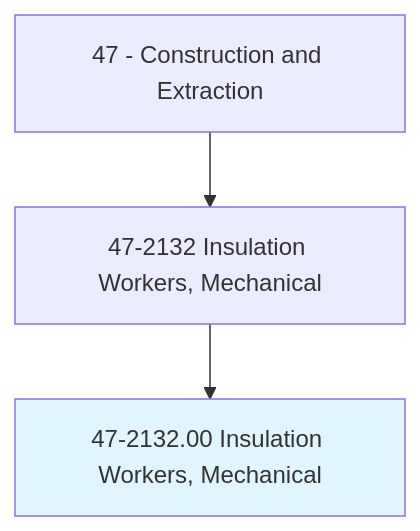
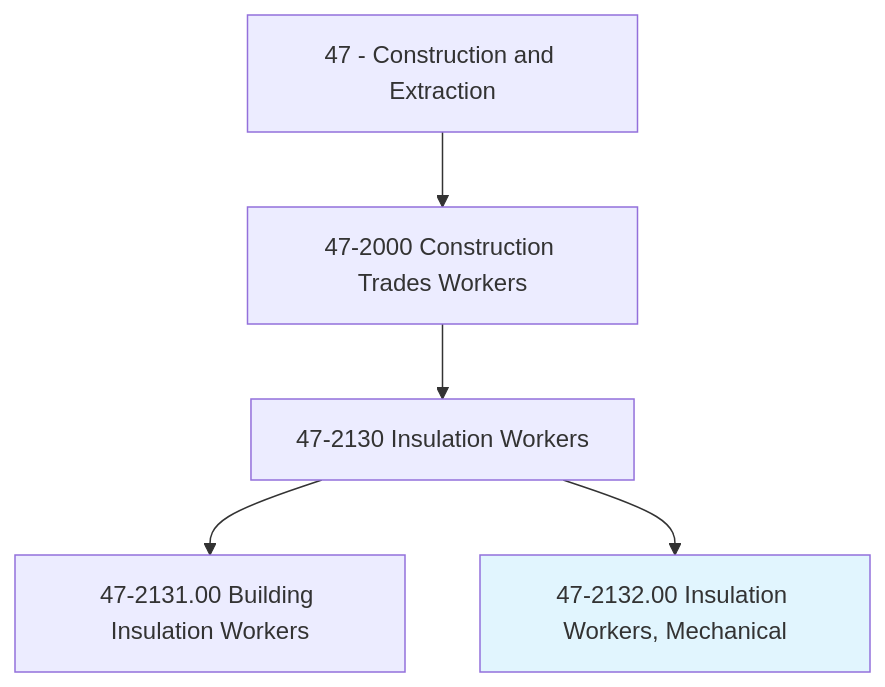
One commit to kziemski/business.org.ai changed the first of 4 diagrams in occupations/Construction/InsulationWorkersMechanical.mdx. Above: the diagram before and after it, drawn with Mermaid. The commit also changed other lines of this file and 938 other files, not shown here.

````diff
--- a/occupations/Construction/InsulationWorkersMechanical.mdx
+++ b/occupations/Construction/InsulationWorkersMechanical.mdx
@@ -19,6 +23,8 @@
 ```mermaid
 graph TD
-    Cat47["47 - Construction and Extraction"] --> Group472132["47-2132 Insulation Workers, Mechanical"]
-    Group472132 --> Current["47-2132.00 Insulation Workers, Mechanical"]
+    Cat47["47 - Construction and Extraction"] --> Group472["47-2000 Construction Trades Workers"]
+    Group472 --> Group4721["47-2130 Insulation Workers"]
+    Group4721 --> Building["47-2131.00 Building Insulation Workers"]
+    Group4721 --> Current["47-2132.00 Insulation Workers, Mechanical"]
     style Current fill:#e1f5fe
 ```
````
